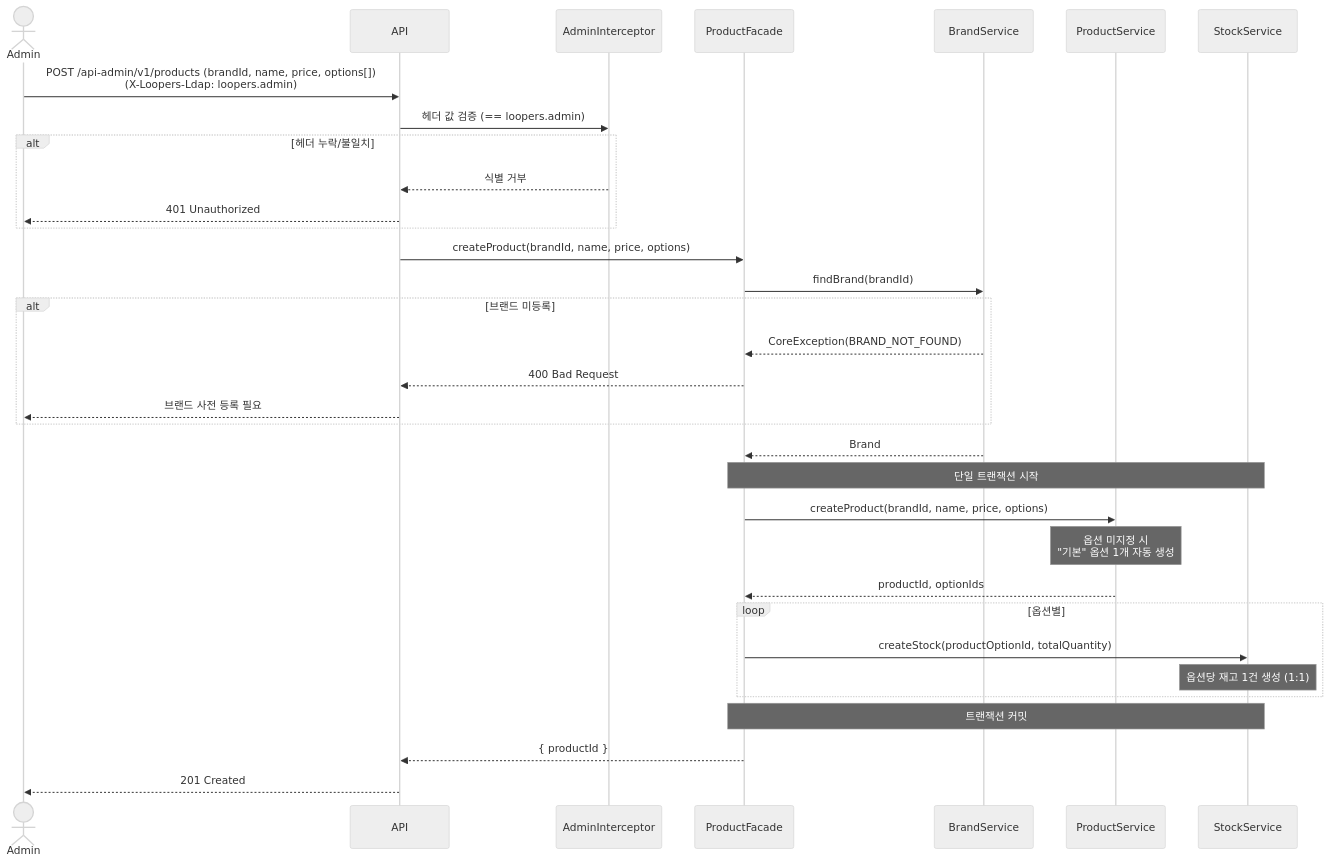
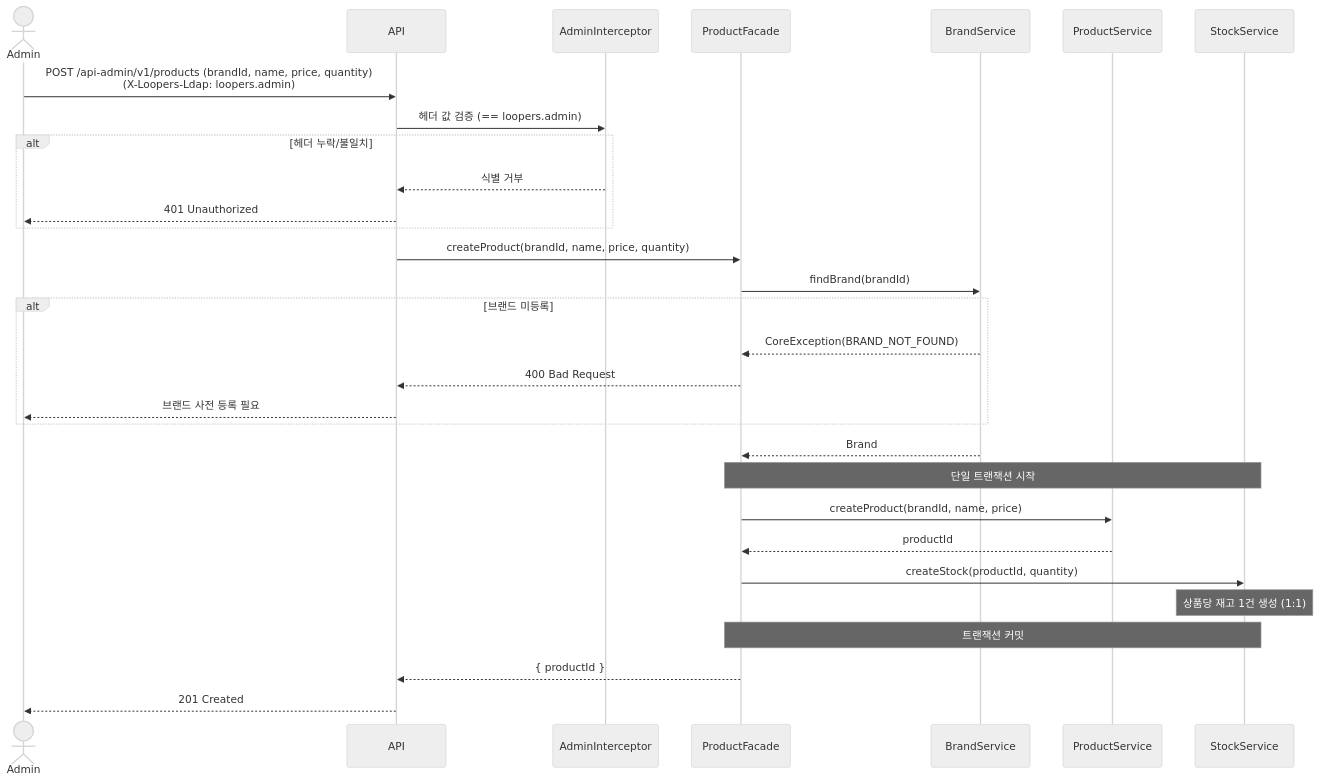
The seventh of 7 diagrams in .docs/design/02-sequence-diagrams.md (loopers-labs/loop-pack-be-l2-vol4-java), drawn with Mermaid (neutral theme) before and after one commit. The commit also changed other lines of this file and 3 other files, not shown here.

````diff
--- a/.docs/design/02-sequence-diagrams.md
+++ b/.docs/design/02-sequence-diagrams.md
@@ -303,42 +313,39 @@
 ```mermaid
 sequenceDiagram
     actor Admin
     participant API
     participant AdminInterceptor
     participant ProductFacade
     participant BrandService
     participant ProductService
     participant StockService
 
-    Admin->>API: POST /api-admin/v1/products (brandId, name, price, options[])<br/>(X-Loopers-Ldap: loopers.admin)
+    Admin->>API: POST /api-admin/v1/products (brandId, name, price, quantity)<br/>(X-Loopers-Ldap: loopers.admin)
     API->>AdminInterceptor: 헤더 값 검증 (== loopers.admin)
 
     alt 헤더 누락/불일치
         AdminInterceptor-->>API: 식별 거부
         API-->>Admin: 401 Unauthorized
     end
 
-    API->>ProductFacade: createProduct(brandId, name, price, options)
+    API->>ProductFacade: createProduct(brandId, name, price, quantity)
 
     ProductFacade->>BrandService: findBrand(brandId)
     alt 브랜드 미등록
         BrandService-->>ProductFacade: CoreException(BRAND_NOT_FOUND)
         ProductFacade-->>API: 400 Bad Request
         API-->>Admin: 브랜드 사전 등록 필요
     end
     BrandService-->>ProductFacade: Brand
 
     Note over ProductFacade, StockService: 단일 트랜잭션 시작
-    ProductFacade->>ProductService: createProduct(brandId, name, price, options)
-    Note over ProductService: 옵션 미지정 시<br/>"기본" 옵션 1개 자동 생성
-    ProductService-->>ProductFacade: productId, optionIds
+    ProductFacade->>ProductService: createProduct(brandId, name, price)
+    ProductService-->>ProductFacade: productId
 
-    loop 옵션별
-        ProductFacade->>StockService: createStock(productOptionId, totalQuantity)
-        Note over StockService: 옵션당 재고 1건 생성 (1:1)
-    end
+    ProductFacade->>StockService: createStock(productId, quantity)
+    Note over StockService: 상품당 재고 1건 생성 (1:1)
     Note over ProductFacade, StockService: 트랜잭션 커밋
 
     ProductFacade-->>API: { productId }
     API-->>Admin: 201 Created
 ```
````
